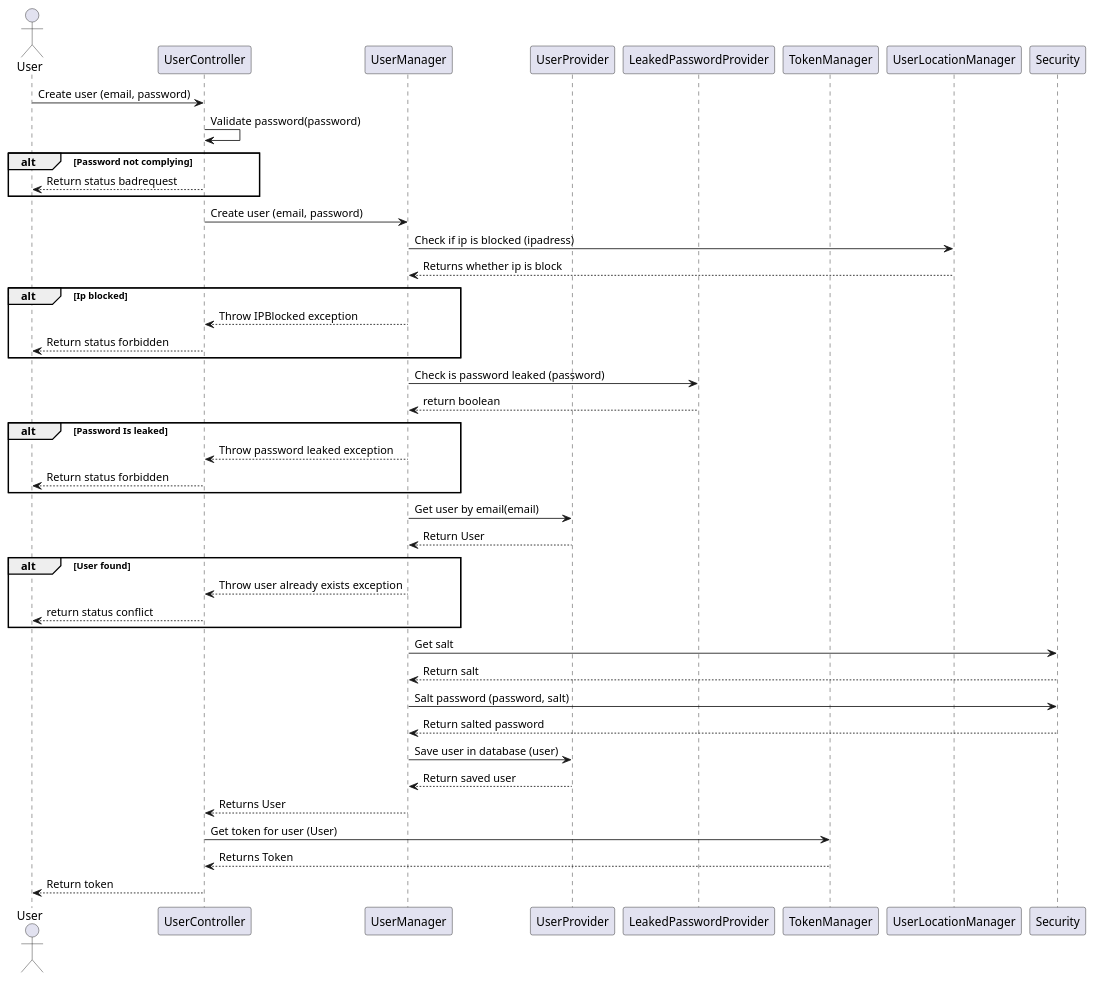
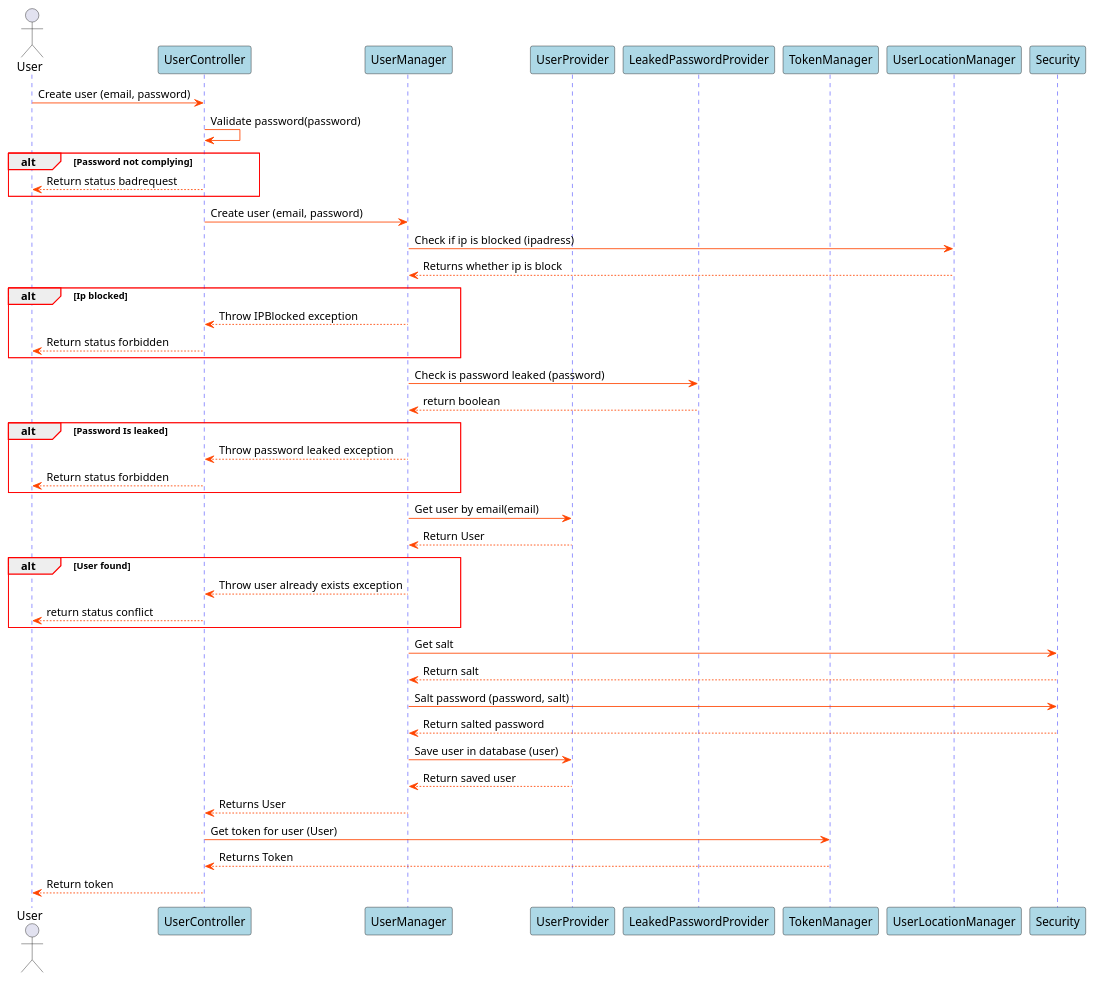
One commit to blackout1471/trust-us-school changed the diagram in Docs/SDDiagrams/CreateUserSD.plantuml. Above: the diagram before and after it, drawn with PlantUML. The commit also changed 16 other files, not shown here.

First line of the commit message:
Misuse diagram (#14)

```diff
--- a/Docs/SDDiagrams/CreateUserSD.plantuml
+++ b/Docs/SDDiagrams/CreateUserSD.plantuml
@@ -1,67 +1,77 @@
 @startuml Create User SD
 
+skinparam sequence {
+    GroupBorderColor red
+    GroupBorderThickness 1
+
+    ArrowColor orangered
+
+    LifeLineBorderColor blue
+
+    ParticipantBackgroundColor lightblue
+}
 
 actor User
 participant UserController
 participant UserManager
 participant UserProvider
 participant LeakedPasswordProvider
 participant TokenManager
 participant UserLocationManager
 participant Security
 
 
 
 User->UserController: Create user (email, password)
 UserController->UserController: Validate password(password)
 
 alt Password not complying
 UserController-->User: Return status badrequest
 end
 
 UserController->UserManager: Create user (email, password)
 UserManager->UserLocationManager: Check if ip is blocked (ipadress)
 UserLocationManager-->UserManager: Returns whether ip is block
 
 alt Ip blocked
 UserManager-->UserController: Throw IPBlocked exception
 UserController-->User: Return status forbidden
 end
 
 
 UserManager->LeakedPasswordProvider: Check is password leaked (password)
 LeakedPasswordProvider-->UserManager: return boolean
 
 alt Password Is leaked
 UserManager-->UserController: Throw password leaked exception
 UserController-->User: Return status forbidden
 end
 
 UserManager->UserProvider: Get user by email(email)
 UserProvider-->UserManager: Return User
 
 alt User found
 
 UserManager-->UserController: Throw user already exists exception
 UserController-->User: return status conflict
 
 end
 
 
 UserManager->Security: Get salt
 Security-->UserManager: Return salt
 
 UserManager->Security: Salt password (password, salt)
 Security-->UserManager: Return salted password
 
 UserManager->UserProvider: Save user in database (user)
 UserProvider-->UserManager: Return saved user
 
 
 UserManager-->UserController: Returns User
 UserController->TokenManager: Get token for user (User)
 TokenManager-->UserController: Returns Token
 
 UserController-->User: Return token
 
 @enduml
```
